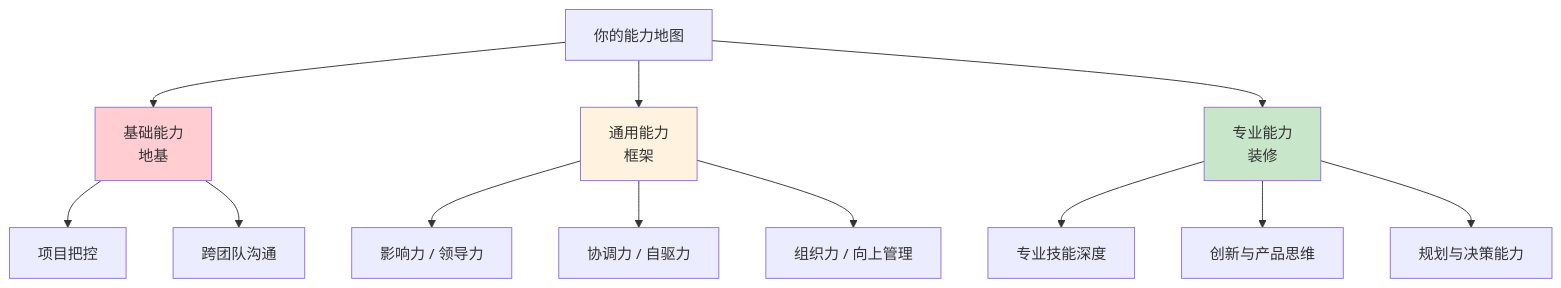
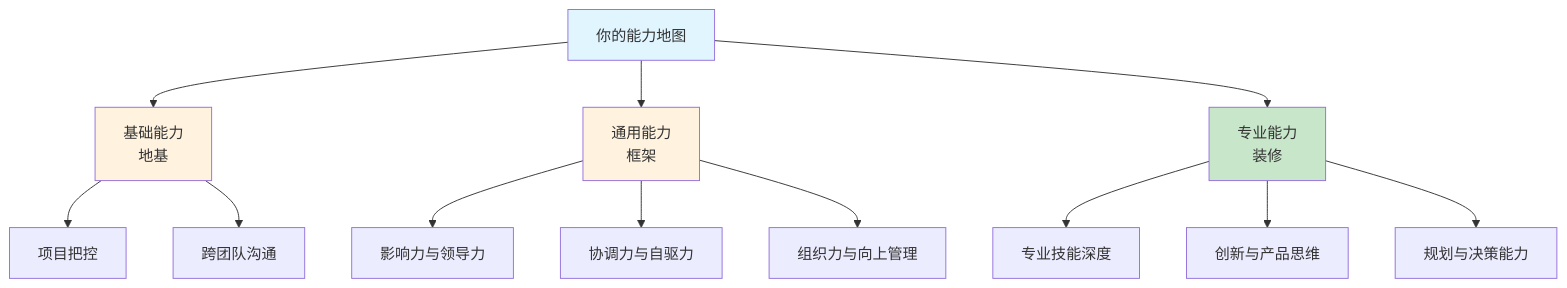
The third of 6 diagrams in packages/website/11.书籍/04.自我精进·学习/04.要带上技能地图.md (chongyang211/YCBookBlog), drawn with Mermaid before and after one commit. The commit also changed other lines of this file and 17 other files, not shown here.

````diff
--- a/packages/website/11.书籍/04.自我精进·学习/04.要带上技能地图.md
+++ b/packages/website/11.书籍/04.自我精进·学习/04.要带上技能地图.md
@@ -79,17 +102,18 @@
 ```mermaid
 graph TD
     A[你的能力地图] --> B[基础能力<br/>地基]
     A --> C[通用能力<br/>框架]
     A --> D[专业能力<br/>装修]
     B --> B1[项目把控]
     B --> B2[跨团队沟通]
-    C --> C1[影响力 / 领导力]
-    C --> C2[协调力 / 自驱力]
-    C --> C3[组织力 / 向上管理]
+    C --> C1[影响力与领导力]
+    C --> C2[协调力与自驱力]
+    C --> C3[组织力与向上管理]
     D --> D1[专业技能深度]
     D --> D2[创新与产品思维]
     D --> D3[规划与决策能力]
-    style B fill:#ffcdd2
+    style A fill:#e1f5fe
+    style B fill:#fff3e0
     style C fill:#fff3e0
     style D fill:#c8e6c9
 ```
````
